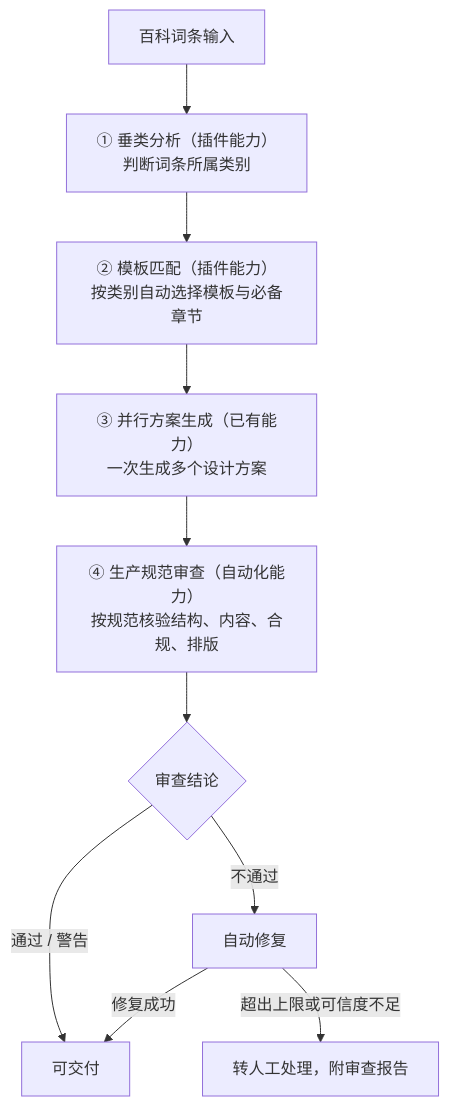
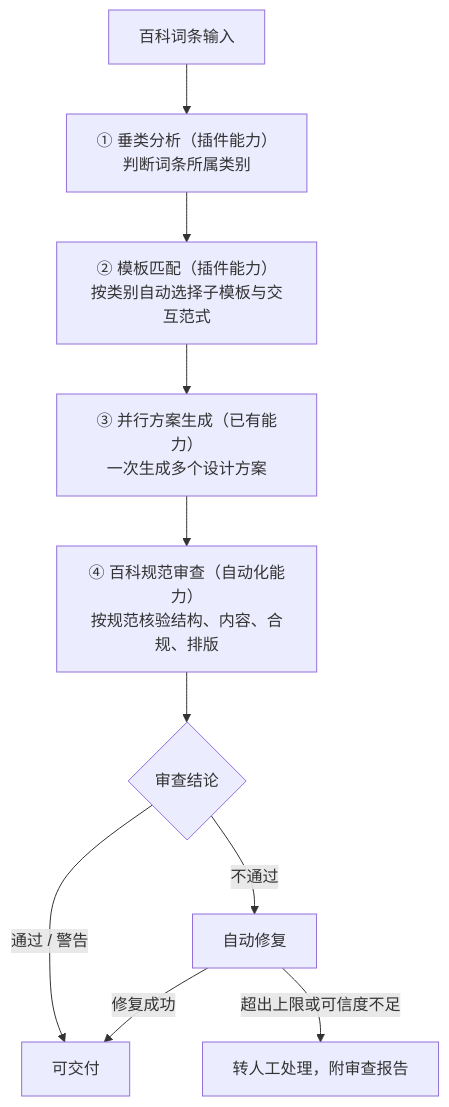
One commit to SuTang-vain/DUDesign changed the diagram in docs/weekly-feature-roadmap.md. Above: the diagram before and after it, drawn with Mermaid. The commit also changed other lines of this file and 29 other files, not shown here.

````diff
--- a/docs/weekly-feature-roadmap.md
+++ b/docs/weekly-feature-roadmap.md
@@ -44,12 +46,12 @@
 ```mermaid
 flowchart TD
   E[百科词条输入] --> A
   A["① 垂类分析（插件能力）<br/>判断词条所属类别"] --> B
-  B["② 模板匹配（插件能力）<br/>按类别自动选择模板与必备章节"] --> C
+  B["② 模板匹配（插件能力）<br/>按类别自动选择子模板与交互范式"] --> C
   C["③ 并行方案生成（已有能力）<br/>一次生成多个设计方案"] --> D
-  D["④ 生产规范审查（自动化能力）<br/>按规范核验结构、内容、合规、排版"] --> R{审查结论}
+  D["④ 百科规范审查（自动化能力）<br/>按规范核验结构、内容、合规、排版"] --> R{审查结论}
   R -->|通过 / 警告| P[可交付]
   R -->|不通过| F[自动修复]
   F -->|修复成功| P
   F -->|超出上限或可信度不足| H[转人工处理，附审查报告]
 ```
````
